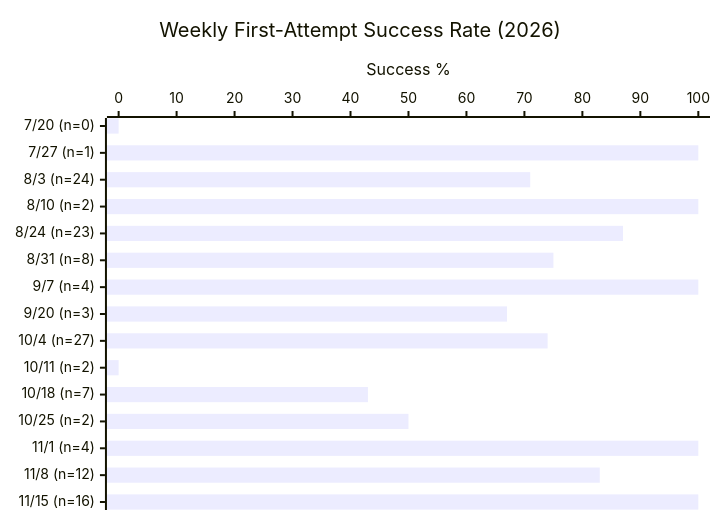
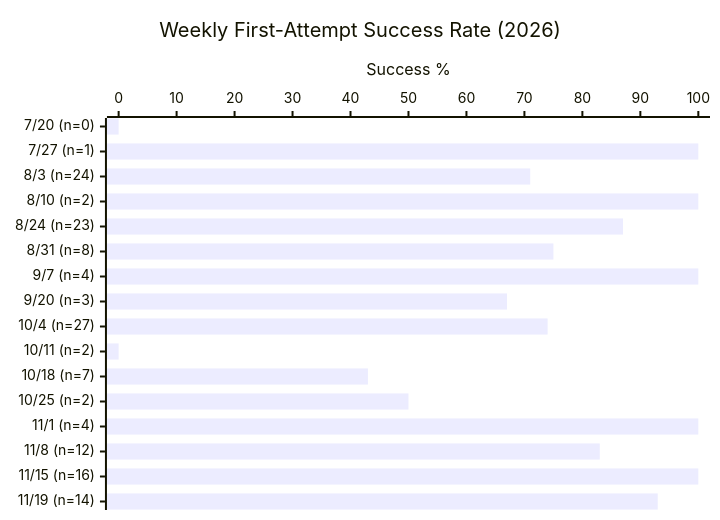
One commit to Sanctum-Origo-Systems/patina changed the first of 3 diagrams in EVAL.md. Above: the diagram before and after it, drawn with Mermaid. The commit also changed other lines of this file and 1 other file, not shown here.

````diff
--- a/EVAL.md
+++ b/EVAL.md
@@ -17,7 +17,7 @@
 ```mermaid
 xychart-beta horizontal
     title "Weekly First-Attempt Success Rate (2026)"
-    x-axis ["7/20 (n=0)", "7/27 (n=1)", "8/3 (n=24)", "8/10 (n=2)", "8/24 (n=23)", "8/31 (n=8)", "9/7 (n=4)", "9/20 (n=3)", "10/4 (n=27)", "10/11 (n=2)", "10/18 (n=7)", "10/25 (n=2)", "11/1 (n=4)", "11/8 (n=12)", "11/15 (n=16)"]
+    x-axis ["7/20 (n=0)", "7/27 (n=1)", "8/3 (n=24)", "8/10 (n=2)", "8/24 (n=23)", "8/31 (n=8)", "9/7 (n=4)", "9/20 (n=3)", "10/4 (n=27)", "10/11 (n=2)", "10/18 (n=7)", "10/25 (n=2)", "11/1 (n=4)", "11/8 (n=12)", "11/15 (n=16)", "11/19 (n=14)"]
     y-axis "Success %" 0 --> 100
-    bar [0, 100, 71, 100, 87, 75, 100, 67, 74, 0, 43, 50, 100, 83, 100]
+    bar [0, 100, 71, 100, 87, 75, 100, 67, 74, 0, 43, 50, 100, 83, 100, 93]
 ```
````
